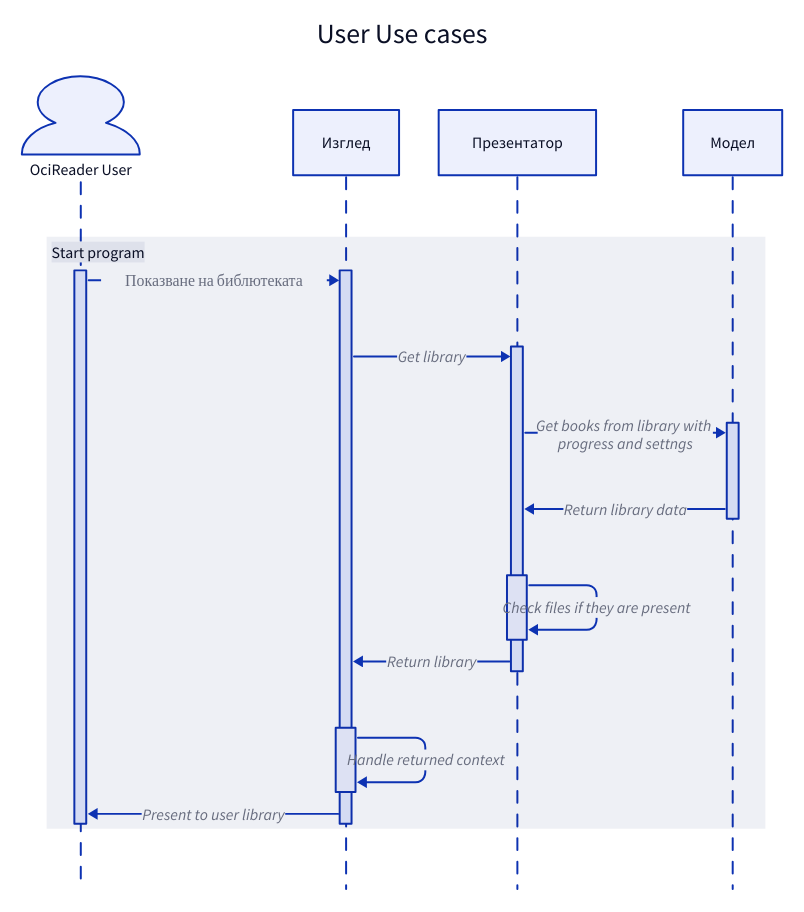
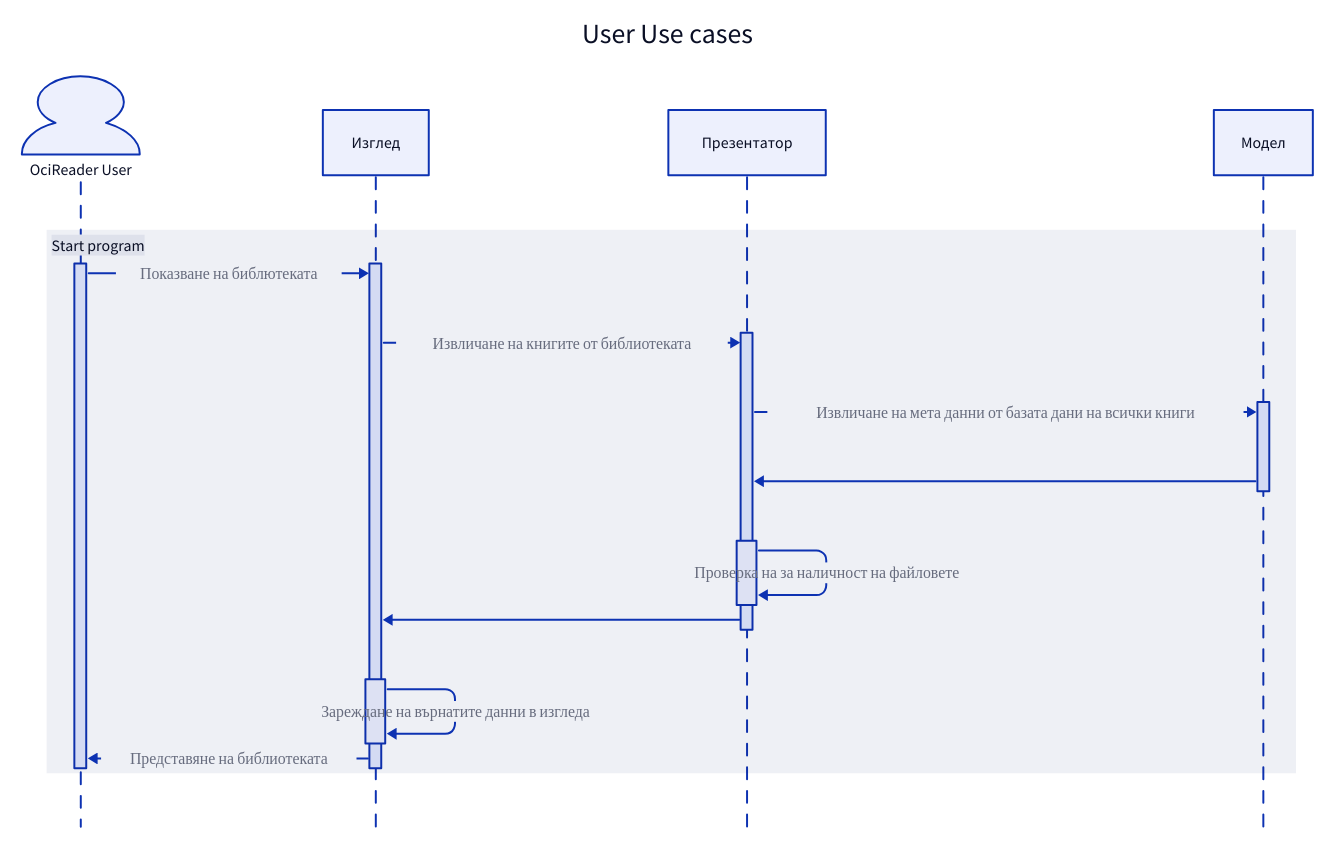
Before and after one commit to hmilanov/OciReader: the diagram in user_usecases/open_loaad.d2, drawn with D2. The commit also changed 2 other files, not shown here.

Commit message:
Update open graph

```diff
--- a/user_usecases/open_loaad.d2
+++ b/user_usecases/open_loaad.d2
@@ -1,26 +1,26 @@
 "User Use cases": {
   shape: sequence_diagram
   user: {
     label: OciReader User
     shape: person
   }
   layer1: {
     label: Изглед
   }
   layer2: {
     label: Презентатор
   }
   layer3: {
     label: Модел
   }
   "Start program": {
     user.start -> layer1.start: Показване на библютеката\n
-    layer1.start -> layer2.start: Get library\n
-    layer2.start -> layer3.start: Get books from library with \n progress and settngs
-    layer3.start -> layer2.start: Return library data\n
-    layer2.start.file_check -> layer2.start.file_check: Check files if they are present\n
-    layer2.start -> layer1.start: Return library\n
-    layer1.start.generate_view -> layer1.start.generate_view: Handle returned context\n
-    layer1.start -> user.start: Present to user library\n
+    layer1.start -> layer2.start: Извличане на книгите от библиотеката\n
+    layer2.start -> layer3.start: Извличане на мета данни от базата дани на всички книги
+    layer3.start -> layer2.start
+    layer2.start.file_check -> layer2.start.file_check: Проверка на за наличност на файловете\n
+    layer2.start -> layer1.start
+    layer1.start.generate_view -> layer1.start.generate_view: Зареждане на върнатите данни в изгледа\n
+    layer1.start -> user.start: Представяне на библиотеката\n
   }
 }
```
